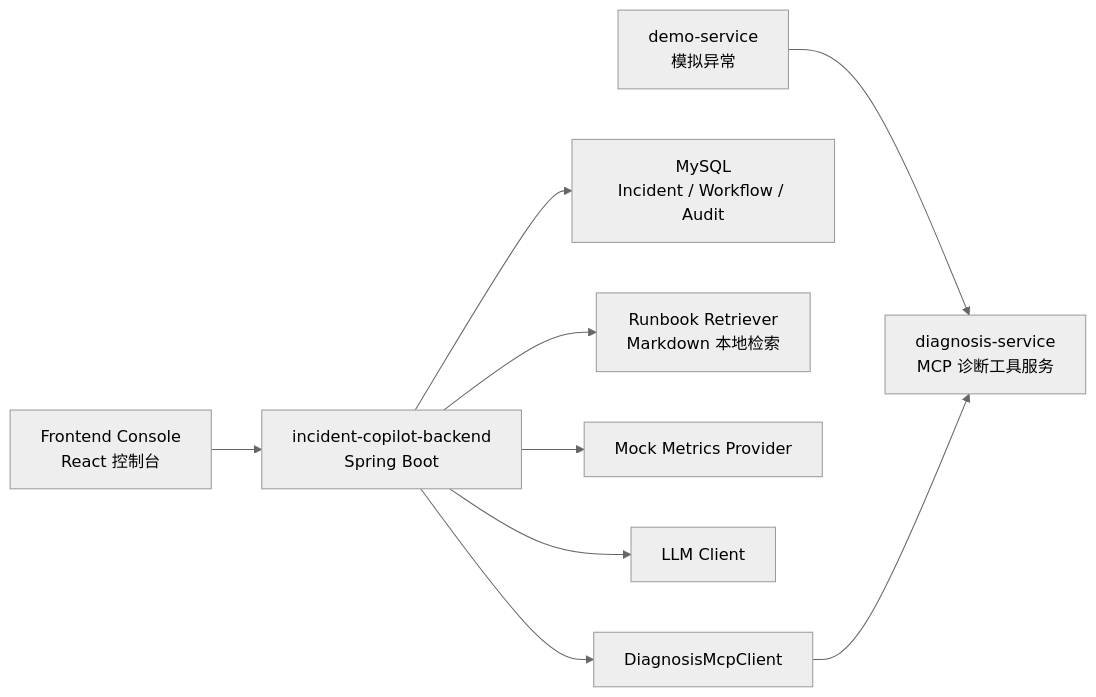
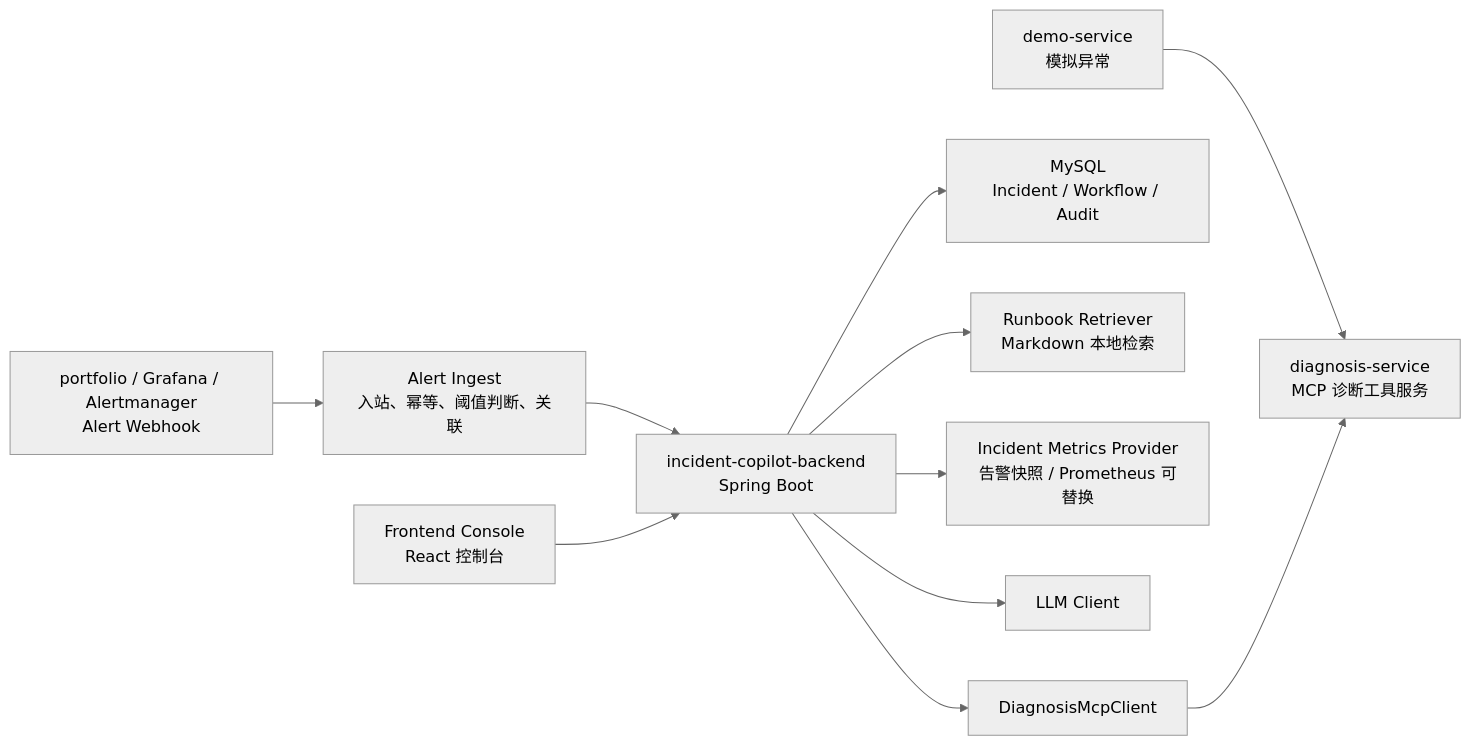
Before and after one commit to CarlosYonng/ai-incident-copilot: the first of 3 diagrams in docs/TECH_DESIGN.md, drawn with Mermaid (neutral theme). The commit also changed other lines of this file and 91 other files, not shown here.

````diff
--- a/docs/TECH_DESIGN.md
+++ b/docs/TECH_DESIGN.md
@@ -5,11 +5,13 @@
 ```mermaid
 flowchart LR
-  A["demo-service<br/>模拟异常"] --> B["diagnosis-service<br/>MCP 诊断工具服务"]
+  A["portfolio / Grafana / Alertmanager<br/>Alert Webhook"] --> J["Alert Ingest<br/>入站、幂等、阈值判断、关联"]
+  J --> D["incident-copilot-backend<br/>Spring Boot"]
+  A2["demo-service<br/>模拟异常"] --> B["diagnosis-service<br/>MCP 诊断工具服务"]
   C["Frontend Console<br/>React 控制台"] --> D["incident-copilot-backend<br/>Spring Boot"]
   D --> E["MySQL<br/>Incident / Workflow / Audit"]
   D --> F["Runbook Retriever<br/>Markdown 本地检索"]
-  D --> G["Mock Metrics Provider"]
+  D --> G["Incident Metrics Provider<br/>告警快照 / Prometheus 可替换"]
   D --> H["LLM Client"]
   D --> I["DiagnosisMcpClient"]
   I --> B
 ```
````
